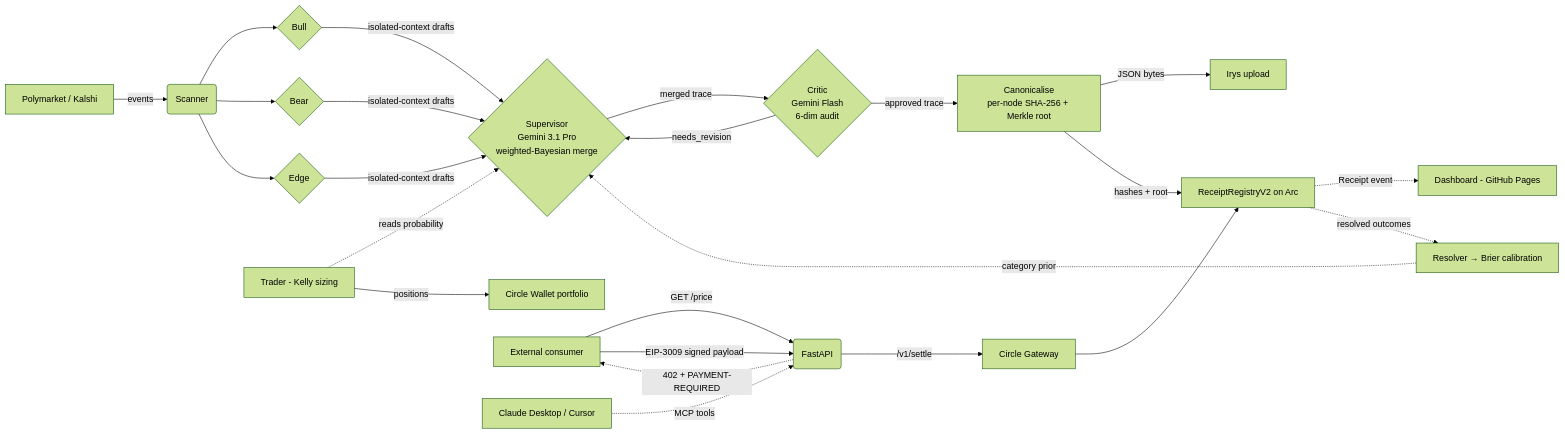
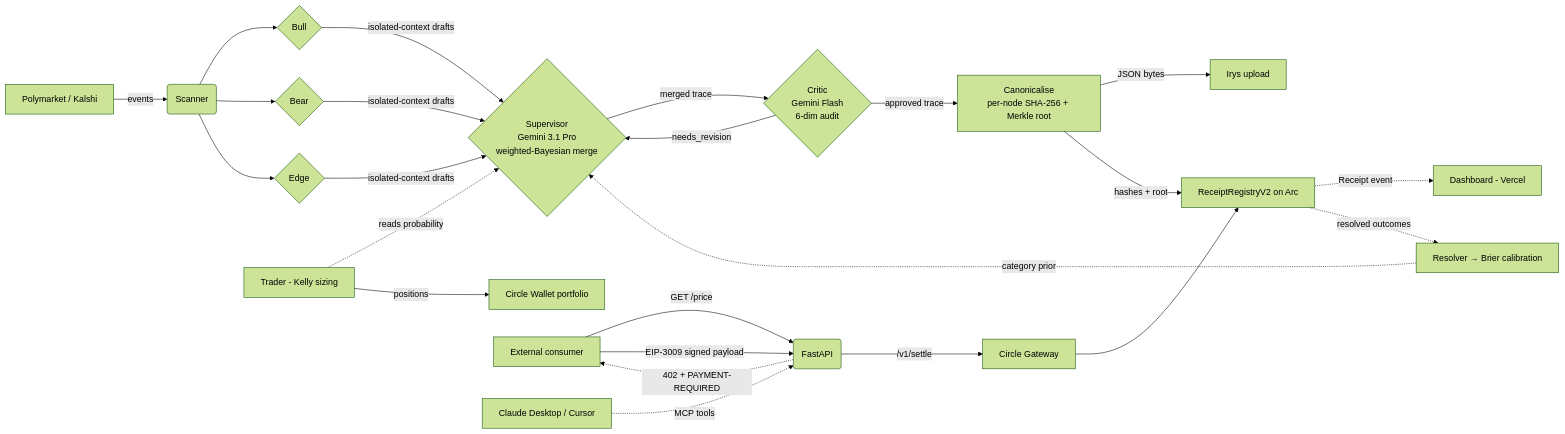
The diagram in README.md (tang-vu/reasoning-receipt), drawn with Mermaid (forest theme) before and after one commit. The commit also changed other lines of this file and 39 other files, not shown here.

````diff
--- a/README.md
+++ b/README.md
@@ -56,24 +97,24 @@
 ```mermaid
 graph LR
   A[Polymarket / Kalshi] -->|events| B(Scanner)
   B --> BU{Bull}
   B --> BE{Bear}
   B --> ED{Edge}
   BU & BE & ED -->|isolated-context drafts| SV{Supervisor<br/>Gemini 3.1 Pro<br/>weighted-Bayesian merge}
   SV -->|merged trace| K{Critic<br/>Gemini Flash<br/>6-dim audit}
   K -->|needs_revision| SV
   K -->|approved trace| S[Canonicalise<br/>per-node SHA-256 + Merkle root]
   S -->|JSON bytes| F[Irys upload]
   S -->|hashes + root| G[ReceiptRegistryV2 on Arc]
-  G -.->|Receipt event| H[Dashboard - GitHub Pages]
+  G -.->|Receipt event| H[Dashboard - Vercel]
   G -.->|resolved outcomes| Q[Resolver → Brier calibration]
   Q -.->|category prior| SV
   D[Trader - Kelly sizing] -.->|reads probability| SV
   D -->|positions| W[Circle Wallet portfolio]
   I[External consumer] -->|GET /price| J(FastAPI)
   J -.->|402 + PAYMENT-REQUIRED| I
   I -->|EIP-3009 signed payload| J
   J -->|/v1/settle| C[Circle Gateway]
   C --> G
   M[Claude Desktop / Cursor] -.->|MCP tools| J
 ```
````
